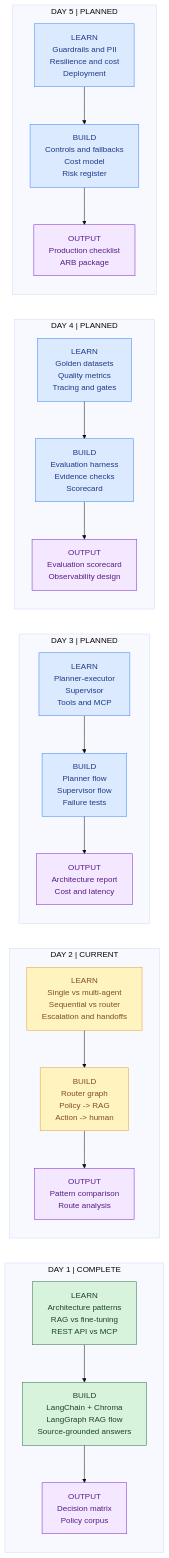
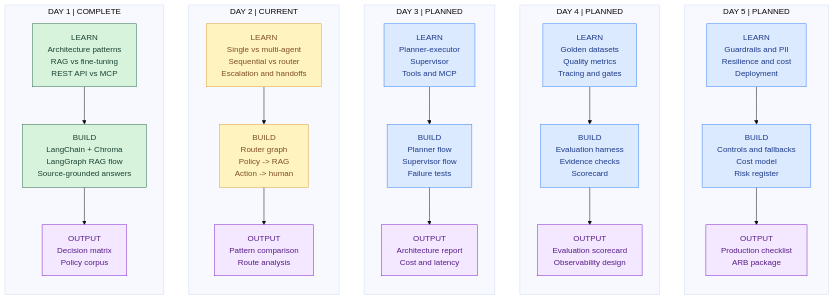
One commit to rakeshmatha/advanced-agentic-ai changed the diagram in README.md. Above: the diagram before and after it, drawn with Mermaid (base theme).

Commit message:
Align day grids horizontally

````diff
--- a/README.md
+++ b/README.md
@@ -39,32 +39,34 @@
 ```mermaid
 flowchart LR
     subgraph DAY1["DAY 1 | COMPLETE"]
         direction TB
         D1T["LEARN\nArchitecture patterns\nRAG vs fine-tuning\nREST API vs MCP"] --> D1B["BUILD\nLangChain + Chroma\nLangGraph RAG flow\nSource-grounded answers"] --> D1O["OUTPUT\nDecision matrix\nPolicy corpus"]
     end
     subgraph DAY2["DAY 2 | CURRENT"]
         direction TB
         D2T["LEARN\nSingle vs multi-agent\nSequential vs router\nEscalation and handoffs"] --> D2B["BUILD\nRouter graph\nPolicy -> RAG\nAction -> human"] --> D2O["OUTPUT\nPattern comparison\nRoute analysis"]
     end
     subgraph DAY3["DAY 3 | PLANNED"]
         direction TB
         D3T["LEARN\nPlanner-executor\nSupervisor\nTools and MCP"] --> D3B["BUILD\nPlanner flow\nSupervisor flow\nFailure tests"] --> D3O["OUTPUT\nArchitecture report\nCost and latency"]
     end
     subgraph DAY4["DAY 4 | PLANNED"]
         direction TB
         D4T["LEARN\nGolden datasets\nQuality metrics\nTracing and gates"] --> D4B["BUILD\nEvaluation harness\nEvidence checks\nScorecard"] --> D4O["OUTPUT\nEvaluation scorecard\nObservability design"]
     end
     subgraph DAY5["DAY 5 | PLANNED"]
         direction TB
         D5T["LEARN\nGuardrails and PII\nResilience and cost\nDeployment"] --> D5B["BUILD\nControls and fallbacks\nCost model\nRisk register"] --> D5O["OUTPUT\nProduction checklist\nARB package"]
     end
 
+    DAY1 ~~~ DAY2 ~~~ DAY3 ~~~ DAY4 ~~~ DAY5
+
     classDef complete fill:#d8f3dc,stroke:#2d6a4f,color:#1b4332
     classDef current fill:#fff3bf,stroke:#e09f3e,color:#7f4f24
     classDef planned fill:#dbeafe,stroke:#3b82f6,color:#1e3a8a
     classDef deliverable fill:#f3e8ff,stroke:#7e22ce,color:#581c87
     class D1T,D1B complete
     class D1O,D2O,D3O,D4O,D5O deliverable
     class D2T,D2B current
     class D3T,D3B,D4T,D4B,D5T,D5B planned
 ```
````
